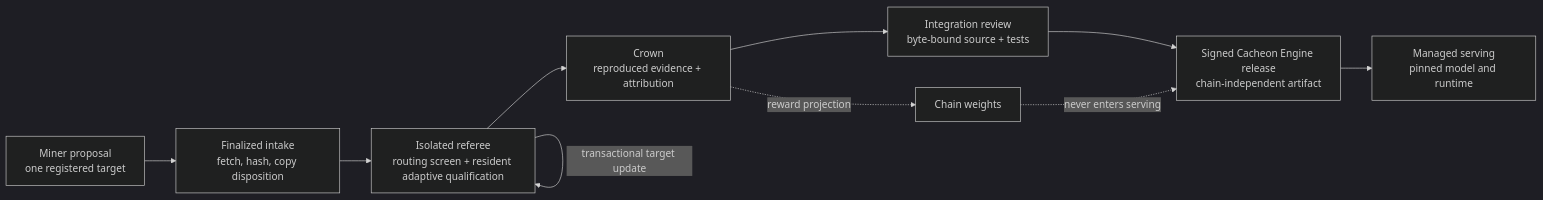
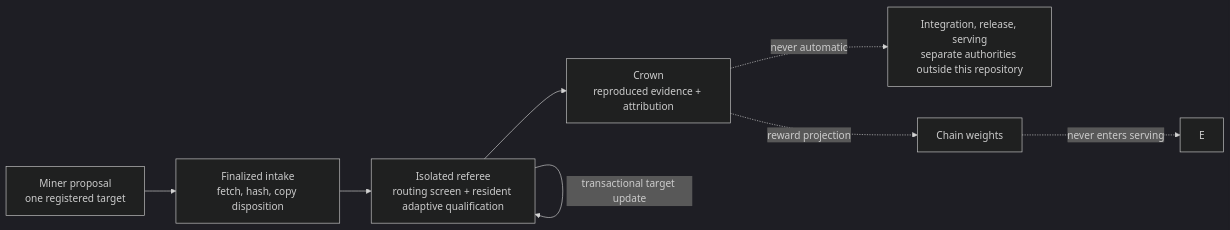
One commit to latent-to/cacheon changed the diagram in docs/architecture/overview.md. Above: the diagram before and after it, drawn with Mermaid (dark theme). The commit also changed other lines of this file and 34 other files, not shown here.

````diff
--- a/docs/architecture/overview.md
+++ b/docs/architecture/overview.md
@@ -16,15 +16,14 @@
 ```mermaid
 flowchart LR
     M["Miner proposal\none registered target"]
     I["Finalized intake\nfetch, hash, copy disposition"]
     Q["Isolated referee\nrouting screen + resident adaptive qualification"]
     C["Crown\nreproduced evidence + attribution"]
-    R["Integration review\nbyte-bound source + tests"]
-    E["Signed Cacheon Engine release\nchain-independent artifact"]
-    S["Managed serving\npinned model and runtime"]
+    R["Integration, release, serving\nseparate authorities outside this repository"]
 
-    M --> I --> Q --> C --> R --> E --> S
+    M --> I --> Q --> C
+    C -. "never automatic" .-> R
     Q -->|"transactional target update"| Q
     C -. "reward projection" .-> W["Chain weights"]
     W -. "never enters serving" .-> E
 ```
````
